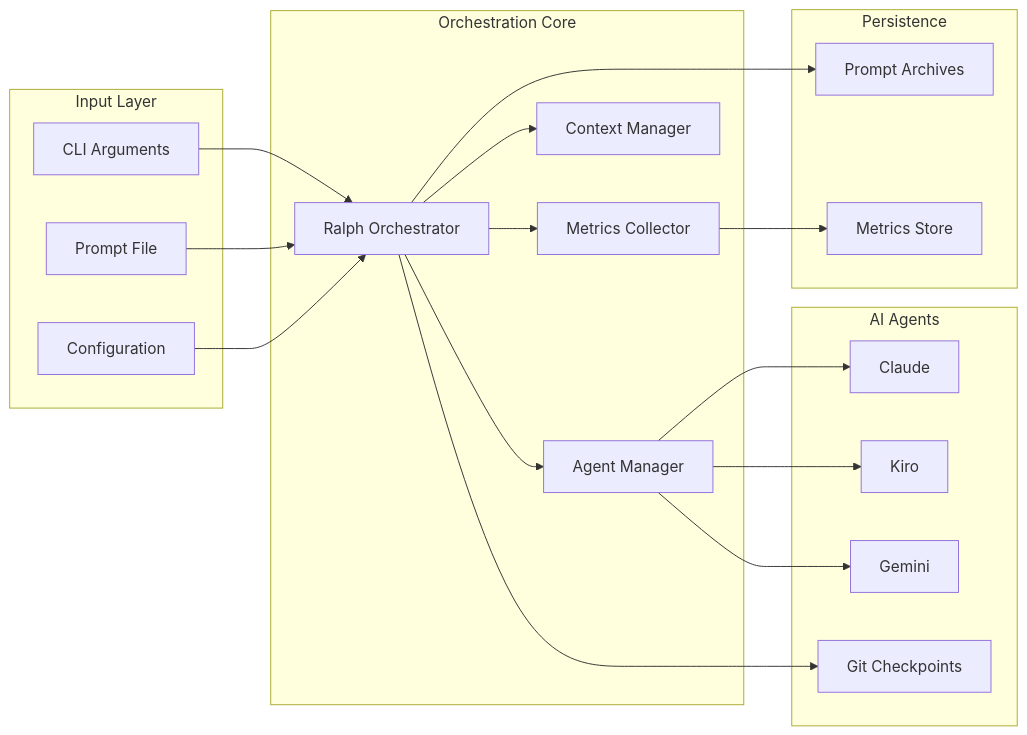
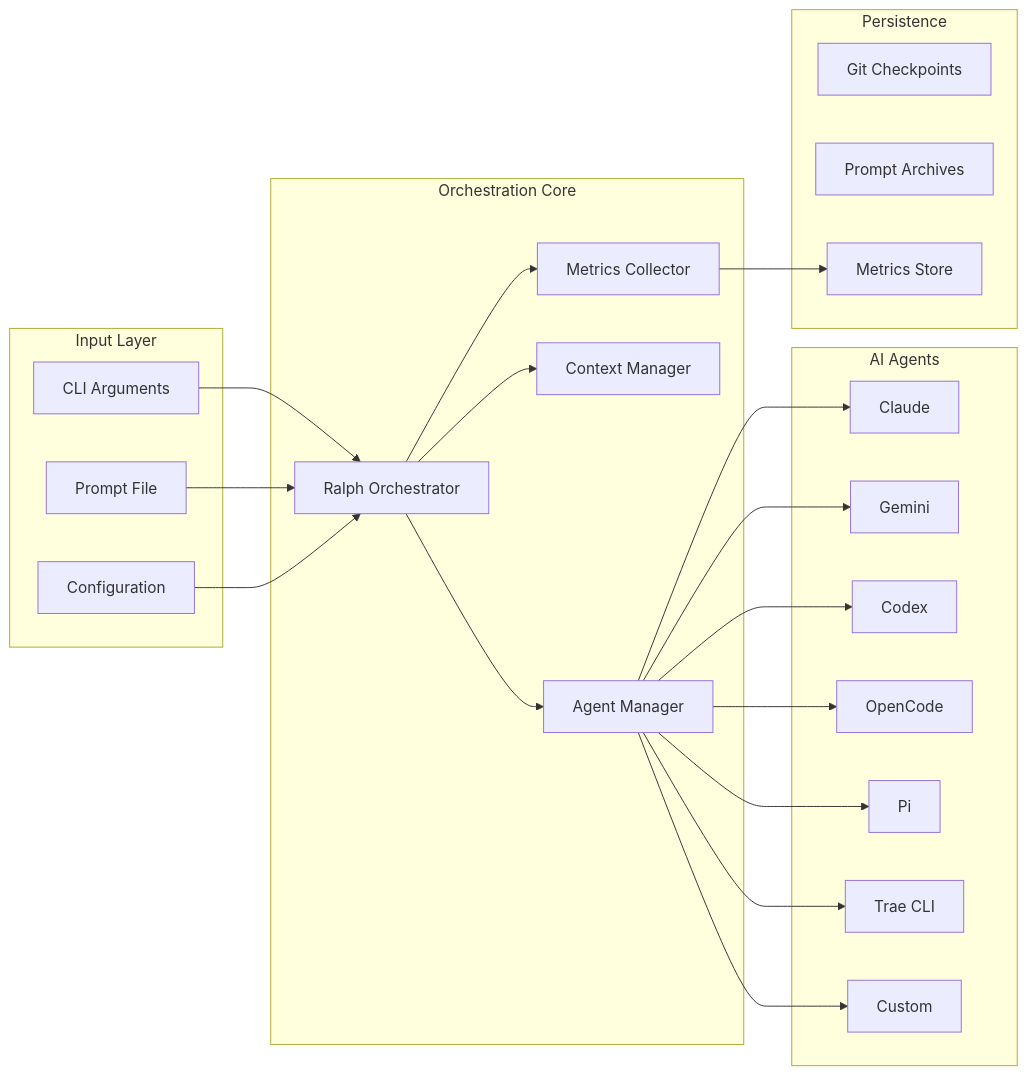
The second of 2 diagrams in docs/guide/overview.md (pittcat/ralph-orchestrator), drawn with Mermaid before and after one commit. The commit also changed 16 other files, not shown here.

````diff
--- a/docs/guide/overview.md
+++ b/docs/guide/overview.md
@@ -250,41 +250,46 @@
 ```mermaid
 graph LR
     subgraph "Input Layer"
         A[CLI Arguments]
         B[Prompt File]
         C[Configuration]
     end
 
     subgraph "Orchestration Core"
         D[Ralph Orchestrator]
         E[Agent Manager]
         F[Context Manager]
         G[Metrics Collector]
     end
 
     subgraph "AI Agents"
         H[Claude]
-        I[Kiro]
-        J[Gemini]
-        K[Codex]
+        I[Gemini]
+        J[Codex]
+        K[OpenCode]
+        L[Pi]
+        N[Trae CLI]
+        O[Custom]
     end
 
     subgraph "Persistence"
-        K[Git Checkpoints]
-        L[Prompt Archives]
-        M[Metrics Store]
+        P[Git Checkpoints]
+        Q[Prompt Archives]
+        R[Metrics Store]
     end
 
     A --> D
     B --> D
     C --> D
     D --> E
     E --> H
     E --> I
     E --> J
     D --> F
     D --> G
-    D --> K
-    D --> L
-    G --> M
+    E --> K
+    E --> L
+    E --> N
+    E --> O
+    G --> R
 ```
````
